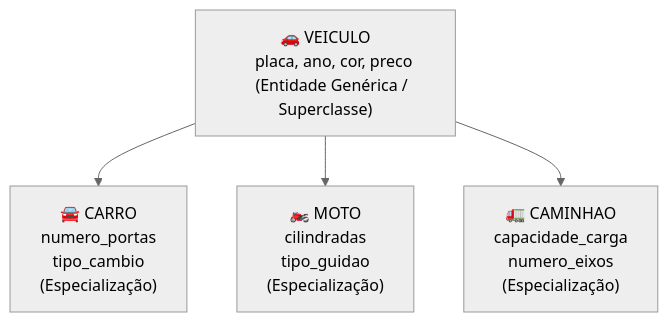
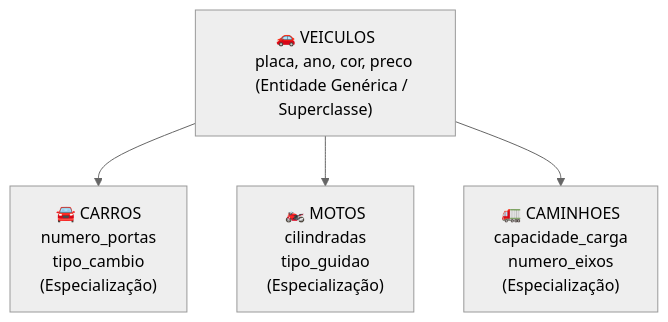
One commit to GTI-Fatec-Jahu/BDA-GTI-2026-2 changed the fifth of 15 diagrams in docs/aulas/Aula_02_Modelagem_Entidades.md. Above: the diagram before and after it, drawn with Mermaid (neutral theme). The commit also changed other lines of this file and 5 other files, not shown here.

````diff
--- a/docs/aulas/Aula_02_Modelagem_Entidades.md
+++ b/docs/aulas/Aula_02_Modelagem_Entidades.md
@@ -218,25 +218,25 @@
 ```mermaid
 flowchart TB
-    VEICULO["🚗 VEICULO
+    VEICULOS["🚗 VEICULOS
     placa, ano, cor, preco
     (Entidade Genérica / Superclasse)"]
 
-    CARRO["🚘 CARRO
+    CARROS["🚘 CARROS
     numero_portas
     tipo_cambio
     (Especialização)"]
 
-    MOTO["🏍️ MOTO
+    MOTOS["🏍️ MOTOS
     cilindradas
     tipo_guidao
     (Especialização)"]
 
-    CAMINHAO["🚛 CAMINHAO
+    CAMINHOES["🚛 CAMINHOES
     capacidade_carga
     numero_eixos
     (Especialização)"]
 
-    VEICULO --> CARRO
-    VEICULO --> MOTO
-    VEICULO --> CAMINHAO
+    VEICULOS --> CARROS
+    VEICULOS --> MOTOS
+    VEICULOS --> CAMINHOES
 ```
````
